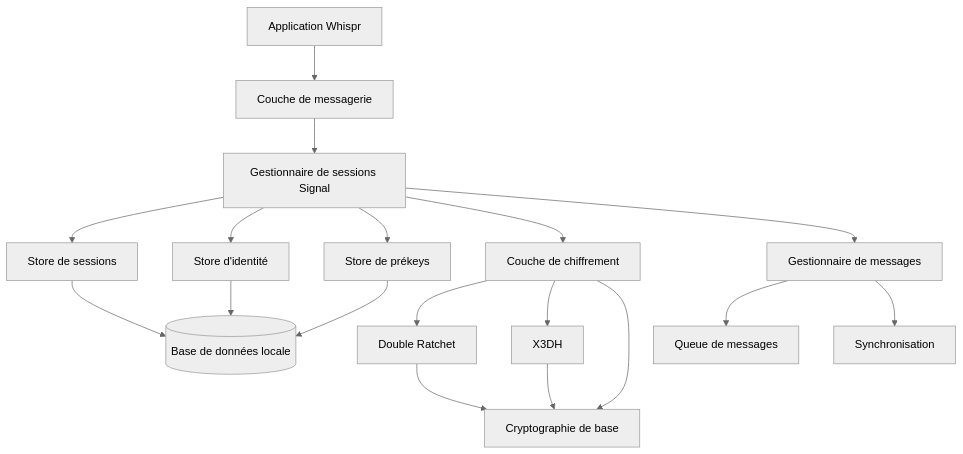
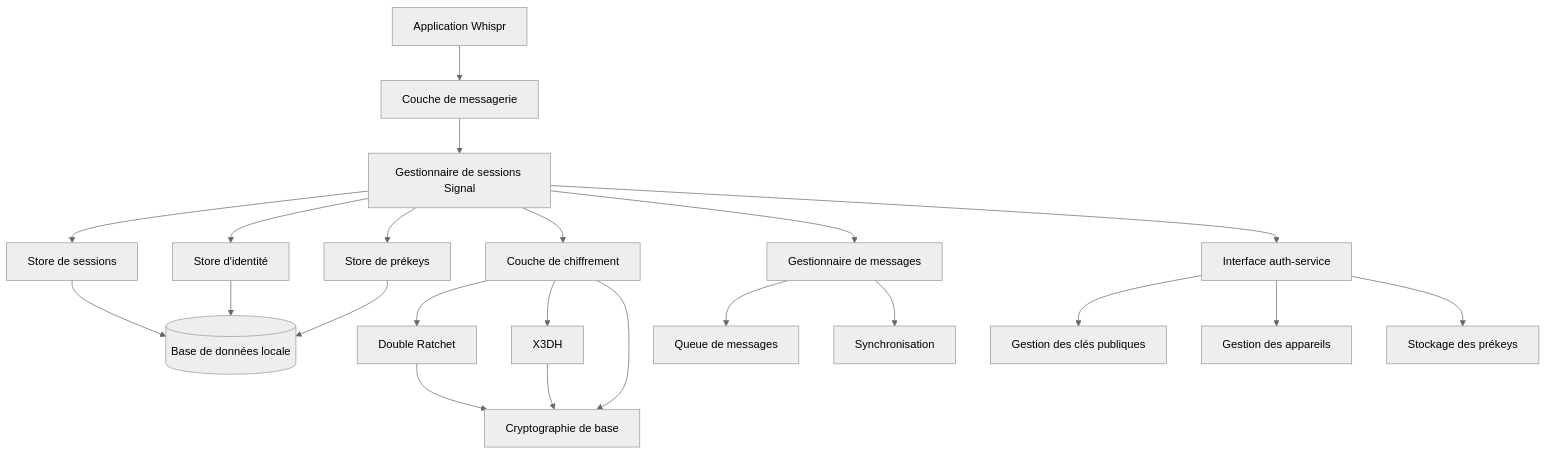
Diagram 12 of 13 in documentation/2_fonctional_specs/4_encryption_end_to_end.md (whispr-messenger/auth-service), drawn with Mermaid (neutral theme) before and after one commit. The commit also changed other lines of this file and 4 other files, not shown here.

Commit message:
📝 Update devices data managed by auth service

````diff
--- a/documentation/2_fonctional_specs/4_encryption_end_to_end.md
+++ b/documentation/2_fonctional_specs/4_encryption_end_to_end.md
@@ -597,25 +633,30 @@
 ```mermaid
 graph TD
     A[Application Whispr] --> B[Couche de messagerie]
     B --> C[Gestionnaire de sessions Signal]
     
     C --> D[Store de sessions]
     C --> E[Store d'identité]
     C --> F[Store de prékeys]
     
     D --> G[(Base de données locale)]
     E --> G
     F --> G
     
     C --> H[Couche de chiffrement]
     H --> I[Double Ratchet]
     H --> J[X3DH]
     H --> K[Cryptographie de base]
     
     I --> K
     J --> K
     
     C --> L[Gestionnaire de messages]
     L --> M[Queue de messages]
     L --> N[Synchronisation]
+    
+    C --> O[Interface auth-service]
+    O --> P[Gestion des clés publiques]
+    O --> Q[Gestion des appareils]
+    O --> R[Stockage des prékeys]
 ```
````
